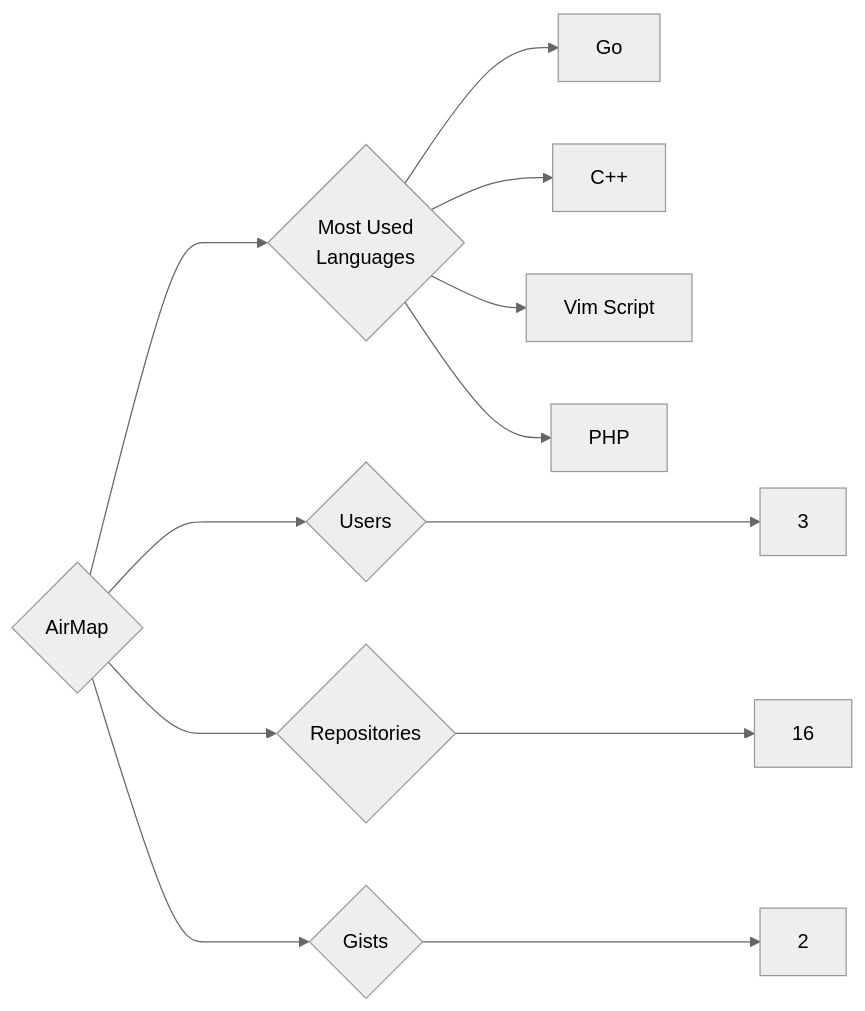
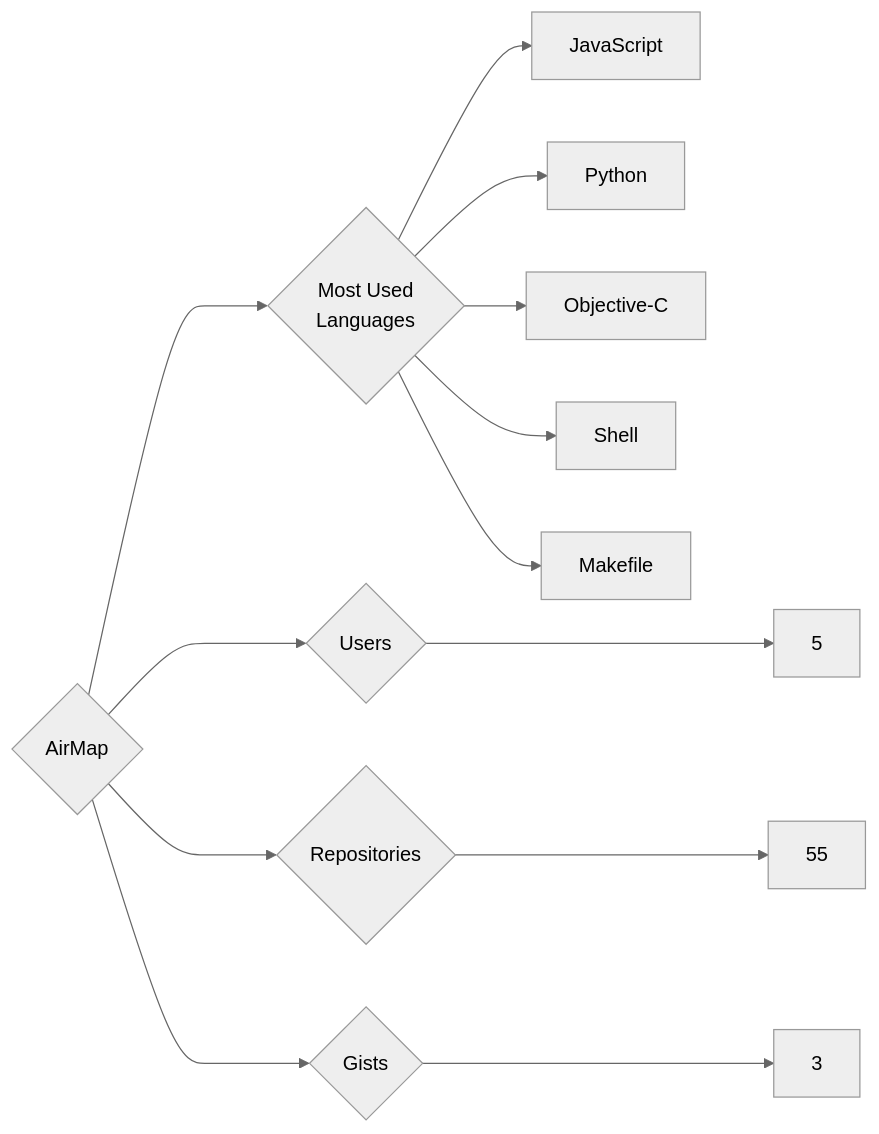
One commit to trickest/insiders changed the diagram in targets/AirMap/README.md. Above: the diagram before and after it, drawn with Mermaid (neutral theme). The commit also changed 1314 other files, not shown here.

````diff
--- a/targets/AirMap/README.md
+++ b/targets/AirMap/README.md
@@ -3,12 +3,13 @@
 ```mermaid
 graph LR
 COMPANY_NAME{AirMap}
-COMPANY_NAME ---> U{Users} ---> UN[3]
-COMPANY_NAME ---> R{Repositories} ---> RN[16]
-COMPANY_NAME ---> G{Gists} ---> GN[2]
+COMPANY_NAME ---> U{Users} ---> UN[5]
+COMPANY_NAME ---> R{Repositories} ---> RN[55]
+COMPANY_NAME ---> G{Gists} ---> GN[3]
 COMPANY_NAME ---> ML{Most Used<br>Languages}
-ML --> Go[Go]
-ML --> C++[C++]
-ML --> Vim_Script[Vim Script]
-ML --> PHP[PHP]
+ML --> JavaScript[JavaScript]
+ML --> Python[Python]
+ML --> Objective-C[Objective-C]
+ML --> Shell[Shell]
+ML --> Makefile[Makefile]
 ```
````
